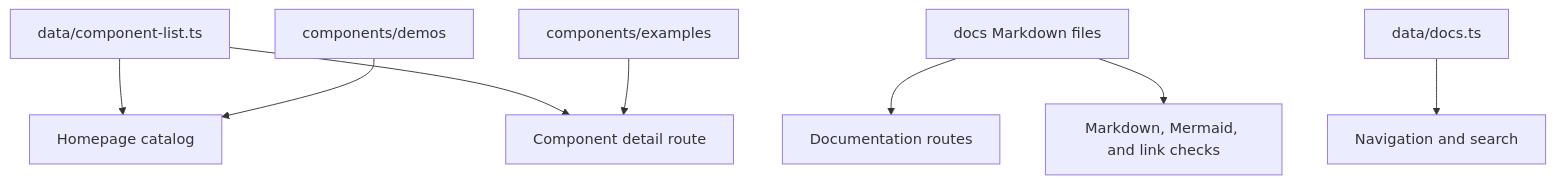
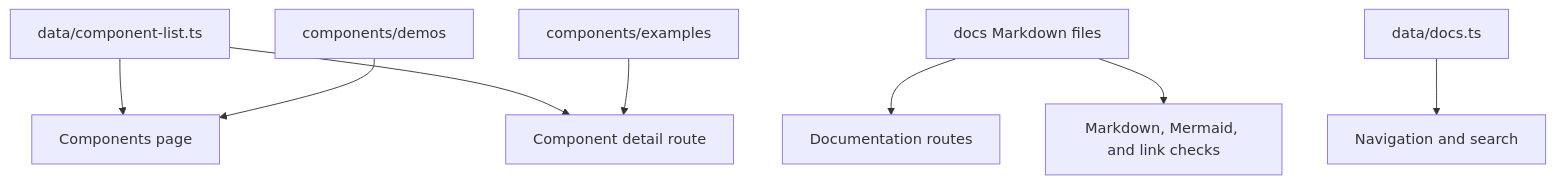
One commit to smeltery/next-ui changed the diagram in docs/architecture.md. Above: the diagram before and after it, drawn with Mermaid. The commit also changed other lines of this file and 23 other files, not shown here.

````diff
--- a/docs/architecture.md
+++ b/docs/architecture.md
@@ -7,10 +7,10 @@
 ```mermaid
 flowchart TD
-    Registry[data/component-list.ts] --> Catalog[Homepage catalog]
+    Registry[data/component-list.ts] --> Catalog[Components page]
     Registry --> Detail[Component detail route]
     Examples[components/examples] --> Detail
     Demos[components/demos] --> Catalog
     Markdown[docs Markdown files] --> Docs[Documentation routes]
     DocsIndex[data/docs.ts] --> Sidebar[Navigation and search]
     Markdown --> Validation[Markdown, Mermaid, and link checks]
 ```
````
